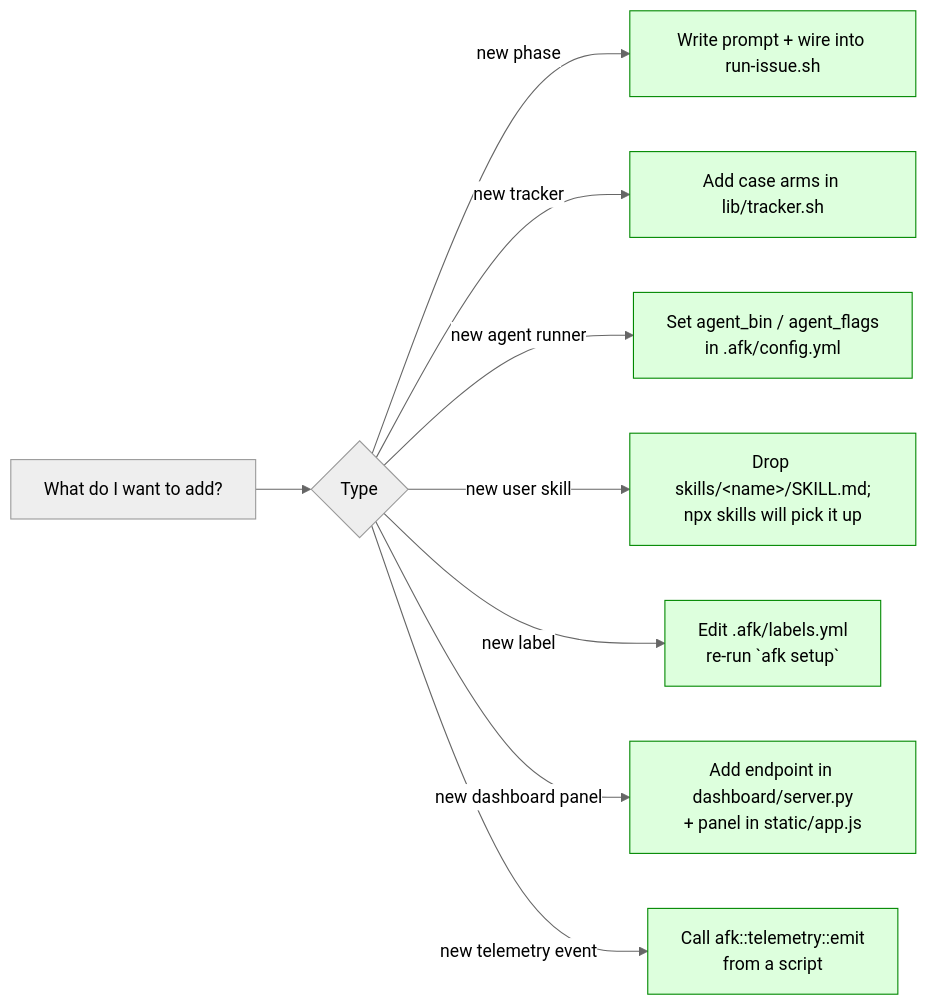
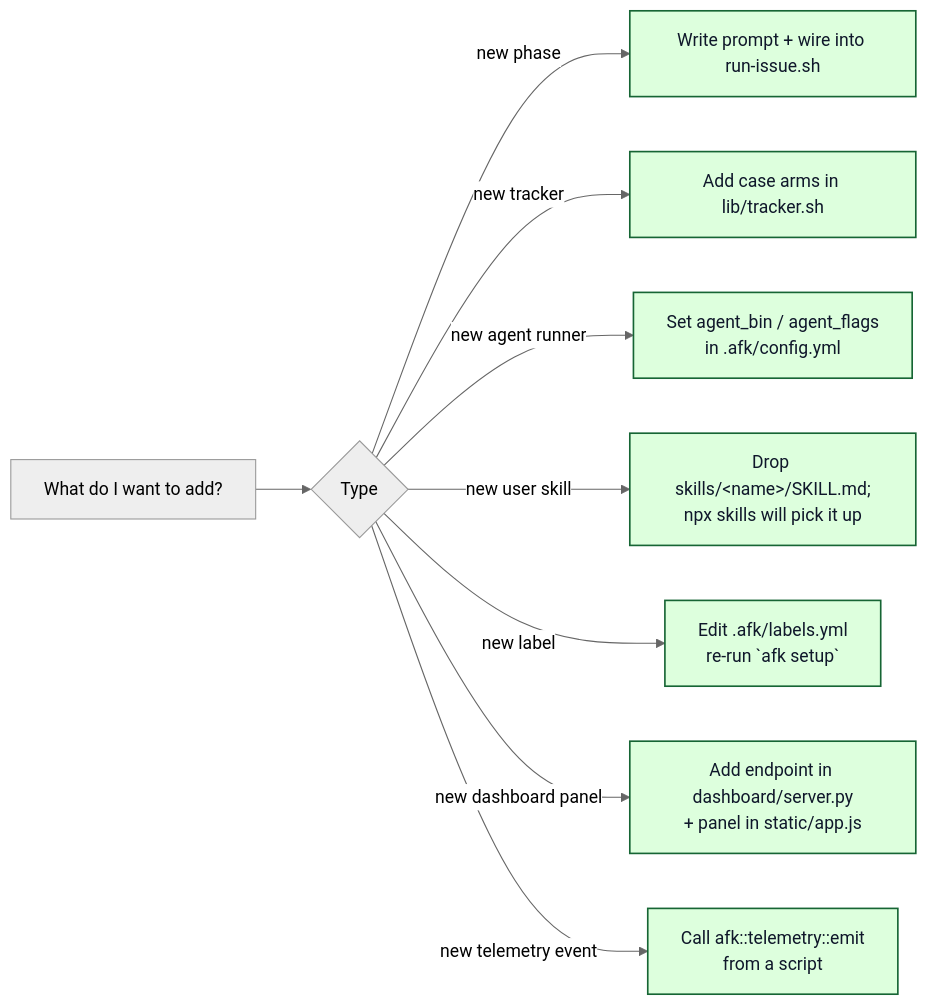
The first of 3 diagrams in docs/EXTENDING.md (Mo-Tamim/afk-agent), drawn with Mermaid (neutral theme) before and after one commit. The commit also changed 4 other files, not shown here.

````diff
--- a/docs/EXTENDING.md
+++ b/docs/EXTENDING.md
@@ -7,13 +7,13 @@
 ```mermaid
 flowchart LR
-  classDef new fill:#dfd,stroke:#080;
+  classDef new fill:#dfd,stroke:#166534,color:#0f172a,stroke-width:1.5px;
 
   Q[What do I want to add?] --> P{Type}
   P -->|new phase| Phase[Write prompt + wire into run-issue.sh]:::new
   P -->|new tracker| Track[Add case arms in lib/tracker.sh]:::new
   P -->|new agent runner| Run[Set agent_bin / agent_flags<br/>in .afk/config.yml]:::new
   P -->|new user skill| Skill[Drop skills/&lt;name&gt;/SKILL.md;<br/>npx skills will pick it up]:::new
   P -->|new label| Lbl[Edit .afk/labels.yml<br/>re-run `afk setup`]:::new
   P -->|new dashboard panel| Dash[Add endpoint in dashboard/server.py<br/>+ panel in static/app.js]:::new
   P -->|new telemetry event| Tel[Call afk::telemetry::emit<br/>from a script]:::new
 ```
````
